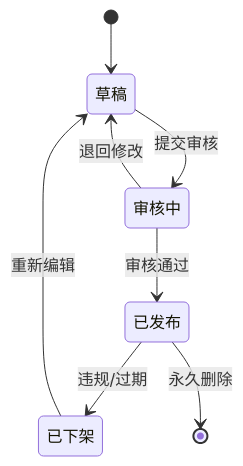
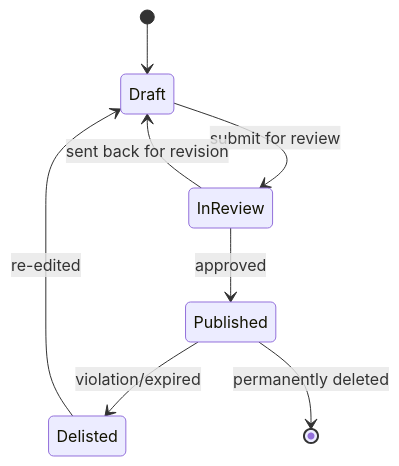
Before and after one commit to abdou-da0wew/zcode-skills: the ninth of 15 diagrams in skills/charts/references/mermaid.md, drawn with Mermaid. The commit also changed other lines of this file and 504 other files, not shown here.

````diff
--- a/skills/charts/references/mermaid.md
+++ b/skills/charts/references/mermaid.md
@@ -653,10 +653,10 @@
 ```mermaid
 stateDiagram-v2
-    [*] --> 草稿
-    草稿 --> 审核中 : 提交审核
-    审核中 --> 已发布 : 审核通过
-    审核中 --> 草稿 : 退回修改
-    已发布 --> 已下架 : 违规/过期
-    已下架 --> 草稿 : 重新编辑
-    已发布 --> [*] : 永久删除
+    [*] --> Draft
+    Draft --> InReview : submit for review
+    InReview --> Published : approved
+    InReview --> Draft : sent back for revision
+    Published --> Delisted : violation/expired
+    Delisted --> Draft : re-edited
+    Published --> [*] : permanently deleted
 ```
````
